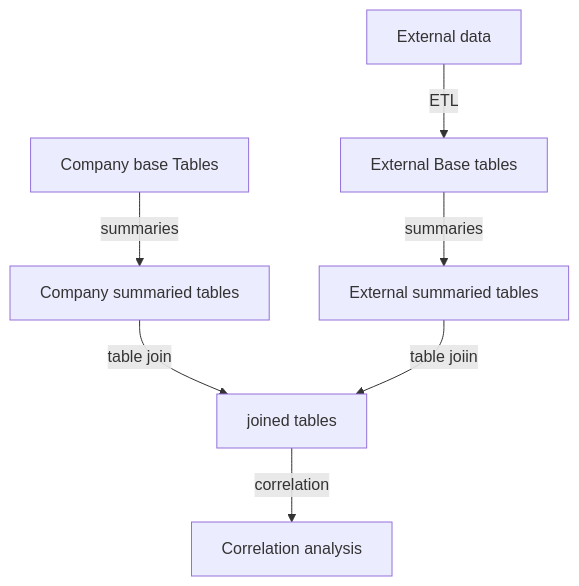
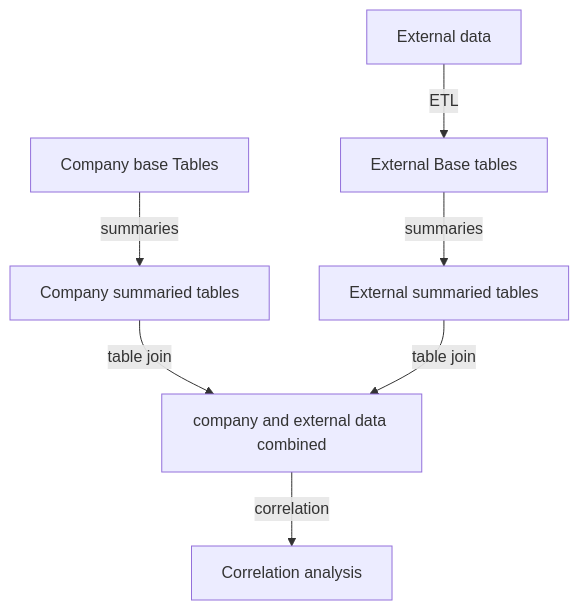
Before and after one commit to milan888-design/correlate-data: the diagram in README.md, drawn with Mermaid.

````diff
--- a/README.md
+++ b/README.md
@@ -13,9 +13,9 @@
 ```mermaid
 flowchart TD
     A[Company base Tables] -->|summaries| B[Company summaried tables]
     C[External data] -->|ETL| D[External Base tables]
     D[External Base tables] -->|summaries| E[External summaried tables]
-    B[Company summaried tables] -->|table join| F[joined table]
-    E[External summaried tables] -->|table joiin| F[joined tables]
-    F[joined tables] -->|correlation|G[Correlation analysis]
+    B[Company summaried tables] -->|table join| F[company and external data combined]
+    E[External summaried tables] -->|table join| F[company and external data combined]
+    F[company and external data combined] -->|correlation|G[Correlation analysis]
 ```
````
